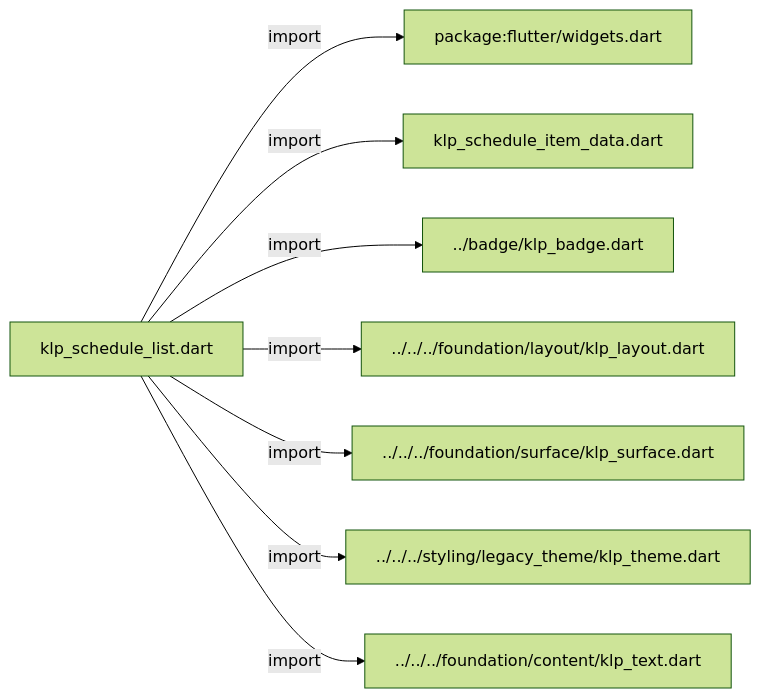
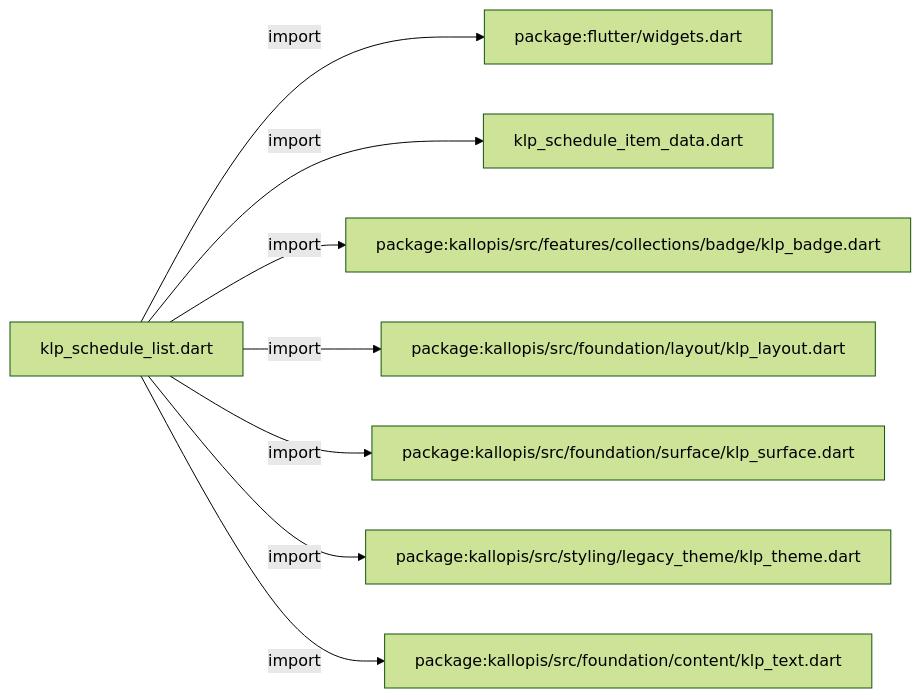
The first of 3 diagrams in docs/architecture/src/features/collections/agenda/klp_schedule_list.md (MiuDog/Kallopis), drawn with Mermaid (forest theme) before and after one commit. The commit also changed other lines of this file and 9688 other files, not shown here.

Commit message:
Prepare isolated Flow F2 peer baseline

````diff
--- a/docs/architecture/src/features/collections/agenda/klp_schedule_list.md
+++ b/docs/architecture/src/features/collections/agenda/klp_schedule_list.md
@@ -11,18 +11,18 @@
 ```mermaid
 flowchart LR
 	n0["klp_schedule_list.dart"]
 	n1["package:flutter/widgets.dart"]
 	n2["klp_schedule_item_data.dart"]
-	n3["../badge/klp_badge.dart"]
-	n4["../../../foundation/layout/klp_layout.dart"]
-	n5["../../../foundation/surface/klp_surface.dart"]
-	n6["../../../styling/legacy_theme/klp_theme.dart"]
-	n7["../../../foundation/content/klp_text.dart"]
+	n3["package:kallopis/src/features/collections/badge/klp_badge.dart"]
+	n4["package:kallopis/src/foundation/layout/klp_layout.dart"]
+	n5["package:kallopis/src/foundation/surface/klp_surface.dart"]
+	n6["package:kallopis/src/styling/legacy_theme/klp_theme.dart"]
+	n7["package:kallopis/src/foundation/content/klp_text.dart"]
 	n0 -->|"import"| n1
 	n0 -->|"import"| n2
 	n0 -->|"import"| n3
 	n0 -->|"import"| n4
 	n0 -->|"import"| n5
 	n0 -->|"import"| n6
 	n0 -->|"import"| n7
 ```
````
